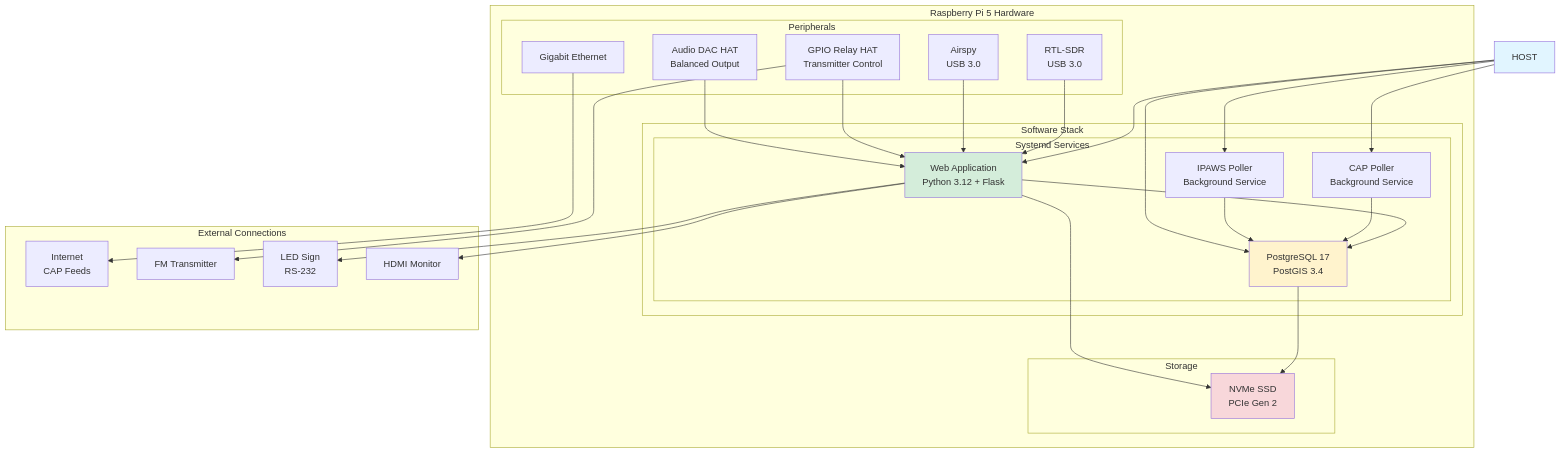
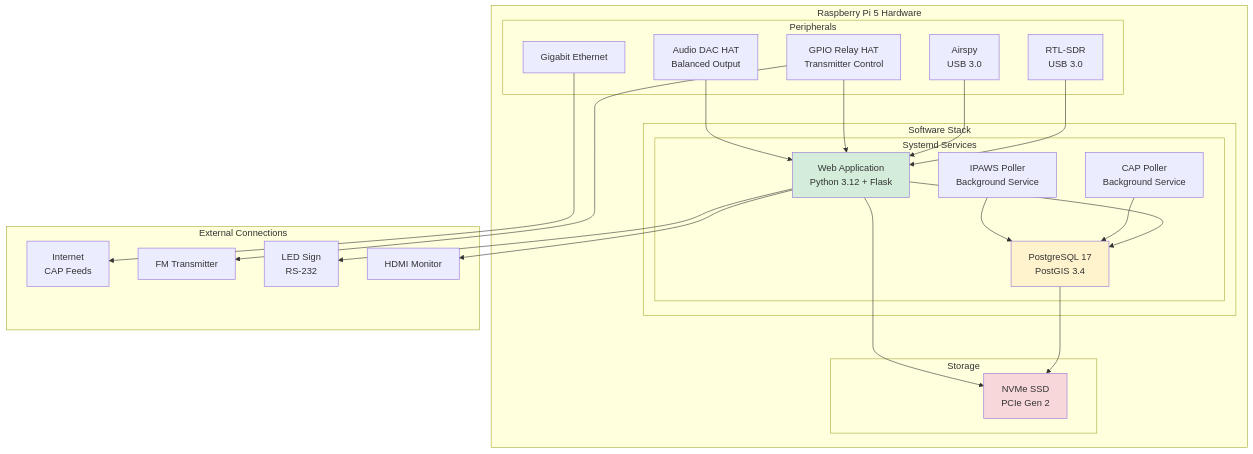
Before and after one commit to chelstein/eas-station: diagram 20 of 21 in docs/architecture/SYSTEM_ARCHITECTURE.md, drawn with Mermaid. The commit also changed other lines of this file and 1 other file, not shown here.

Commit message:
Fix mermaid chart syntax errors in architecture docs
- THEORY_OF_OPERATION.md: Add missing outer subgraph wrapper
  (EAS Station Services) around AppLayer, HardwareLayer, and
  Infrastructure subgraphs to match the orphaned 'end' that was
  causing a parse error
- SYSTEM_ARCHITECTURE.md (External Database Deployment): Add APP
  and POLL node definitions inside the empty Application Server
  subgraph so the edges referencing them render correctly
- SYSTEM_ARCHITECTURE.md (Single-Host Deployment): Remove undefined
  HOST node references from edges and style directive

https://claude.ai/code/session_0176UNyUq2FvccyW1wZjRZJU

````diff
--- a/docs/architecture/SYSTEM_ARCHITECTURE.md
+++ b/docs/architecture/SYSTEM_ARCHITECTURE.md
@@ -1028,58 +1028,52 @@
 ```mermaid
 graph TB
     subgraph "Raspberry Pi 5 Hardware"
         subgraph "Software Stack"
             subgraph "Systemd Services"
                 APP_C[Web Application<br>Python 3.12 + Flask]
                 POLL_C[CAP Poller<br>Background Service]
                 IPAWS_C[IPAWS Poller<br>Background Service]
                 DB_C[PostgreSQL 17<br>PostGIS 3.4]
             end
         end
 
         subgraph "Peripherals"
             SDR1[RTL-SDR<br>USB 3.0]
             SDR2[Airspy<br>USB 3.0]
             GPIO_HAT[GPIO Relay HAT<br>Transmitter Control]
             AUDIO_HAT[Audio DAC HAT<br>Balanced Output]
             ETH[Gigabit Ethernet]
         end
 
         subgraph "Storage"
             NVME[NVMe SSD<br>PCIe Gen 2]
         end
     end
 
     subgraph "External Connections"
         INTERNET[Internet<br>CAP Feeds]
         TX_EXT[FM Transmitter]
         LED_EXT[LED Sign<br>RS-232]
         MONITOR[HDMI Monitor]
     end
 
     APP_C --> DB_C
     POLL_C --> DB_C
     IPAWS_C --> DB_C
 
-    HOST --> APP_C
-    HOST --> POLL_C
-    HOST --> IPAWS_C
-    HOST --> DB_C
-
     DB_C --> NVME
     APP_C --> NVME
 
     SDR1 --> APP_C
     SDR2 --> APP_C
     GPIO_HAT --> APP_C
     AUDIO_HAT --> APP_C
     ETH --> INTERNET
     GPIO_HAT --> TX_EXT
     APP_C --> LED_EXT
     APP_C --> MONITOR
 
-    style HOST fill:#e1f5ff
     style APP_C fill:#d4edda
     style DB_C fill:#fff3cd
     style NVME fill:#f8d7da
 ```
````
